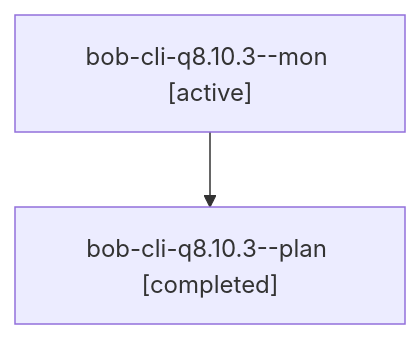
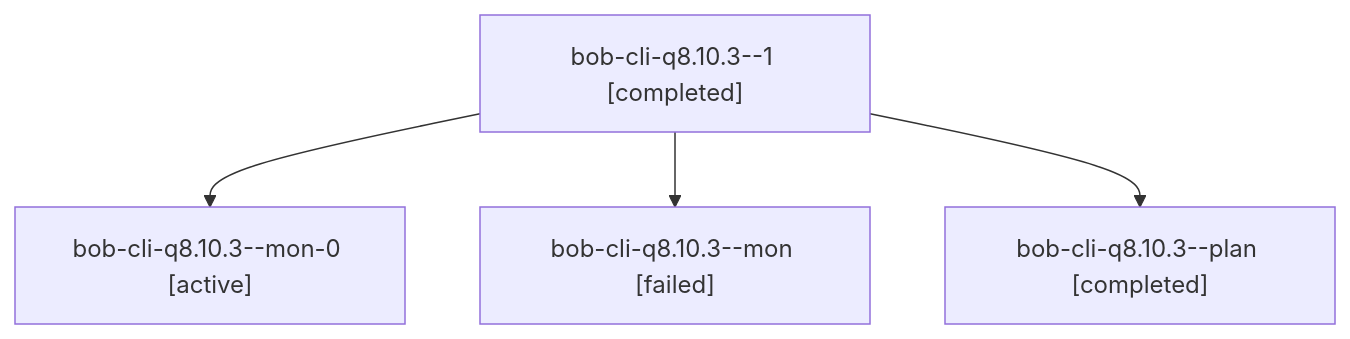
The diagram in sessions/bbugyi200.apollo.bob-cli-q8.10.3.md (bobs-org/bob-cli--agents), drawn with Mermaid before and after one commit. The commit also changed other lines of this file and 42 other files, not shown here.

````diff
--- a/sessions/bbugyi200.apollo.bob-cli-q8.10.3.md
+++ b/sessions/bbugyi200.apollo.bob-cli-q8.10.3.md
@@ -9,6 +9,10 @@
 ```mermaid
 flowchart TD
-  n0["bob-cli-q8.10.3--mon [active]"]
-  n1["bob-cli-q8.10.3--plan [completed]"]
+  n0["bob-cli-q8.10.3--1 [completed]"]
+  n1["bob-cli-q8.10.3--mon-0 [active]"]
   n0 --> n1
+  n2["bob-cli-q8.10.3--mon [failed]"]
+  n0 --> n2
+  n3["bob-cli-q8.10.3--plan [completed]"]
+  n0 --> n3
 ```
````
